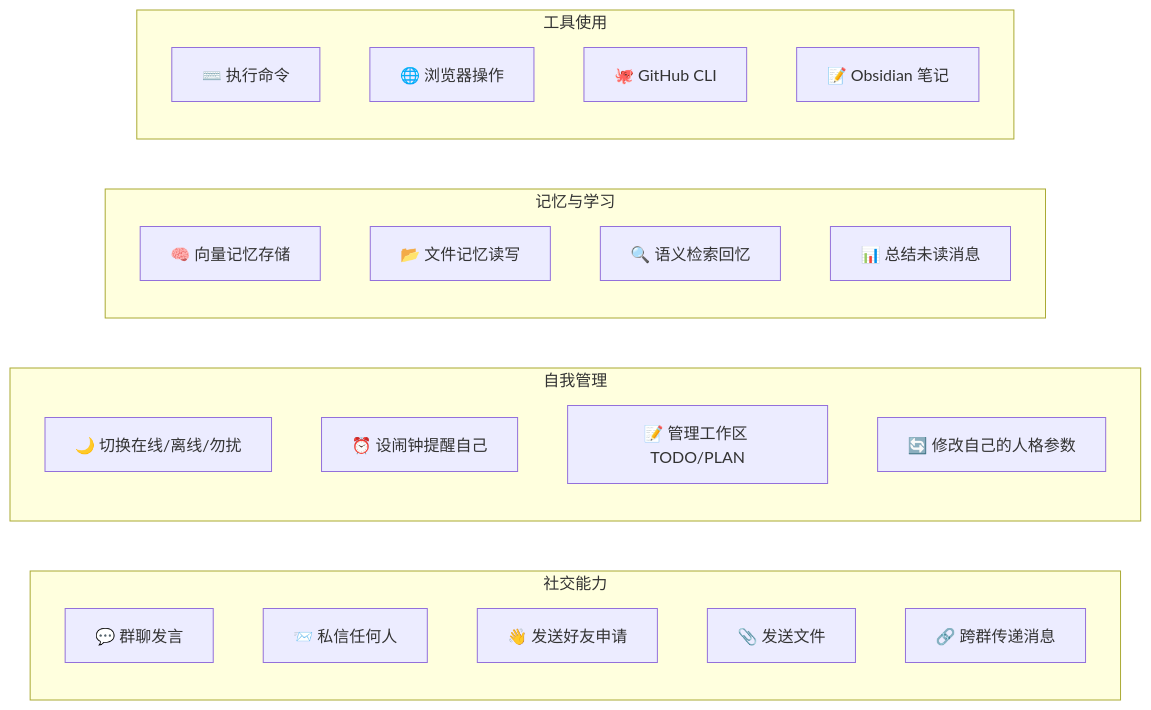
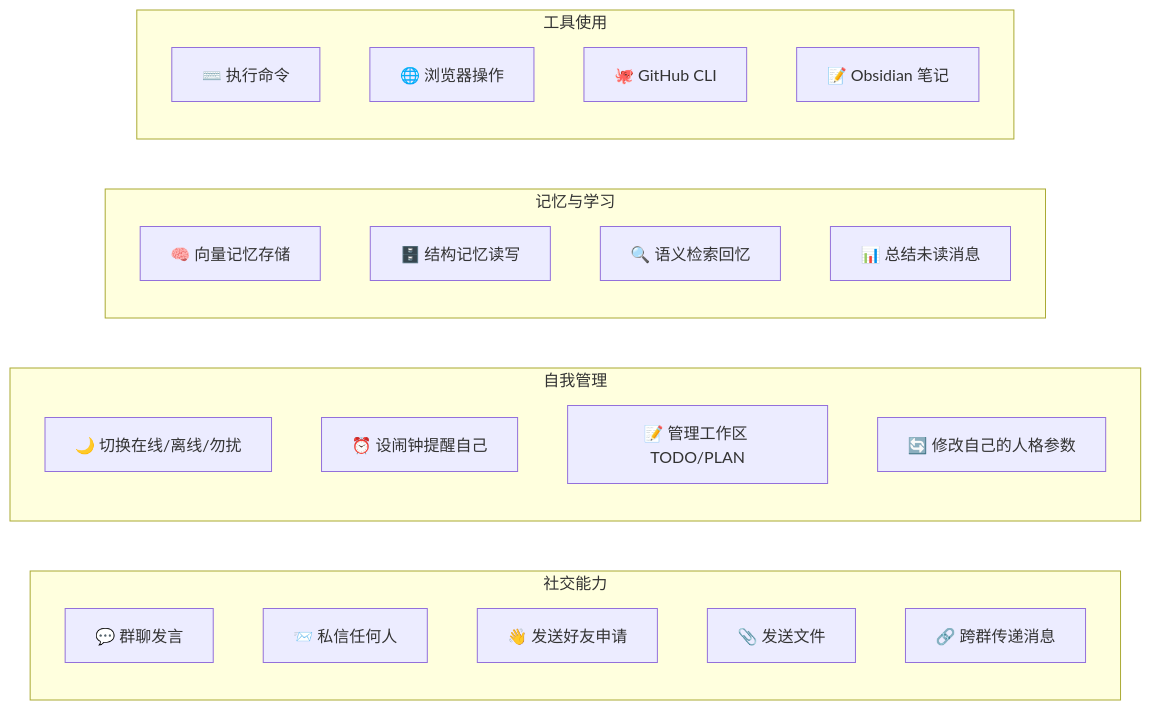
The fifth of 7 diagrams in docs/项目全景报告.md (ShuAICFR/AIsChat), drawn with Mermaid before and after one commit. The commit also changed other lines of this file and 21 other files, not shown here.

````diff
--- a/docs/项目全景报告.md
+++ b/docs/项目全景报告.md
@@ -223,28 +224,28 @@
 ```mermaid
 flowchart LR
     subgraph 社交能力
         A1[💬 群聊发言]
         A2[📨 私信任何人]
         A3[👋 发送好友申请]
         A4[📎 发送文件]
         A5[🔗 跨群传递消息]
     end
     subgraph 自我管理
         B1[🌙 切换在线/离线/勿扰]
         B2[⏰ 设闹钟提醒自己]
         B3[📝 管理工作区 TODO/PLAN]
         B4[🔄 修改自己的人格参数]
     end
     subgraph 记忆与学习
         C1[🧠 向量记忆存储]
-        C2[📂 文件记忆读写]
+        C2[🗄️ 结构记忆读写]
         C3[🔍 语义检索回忆]
         C4[📊 总结未读消息]
     end
     subgraph 工具使用
         D1[⌨️ 执行命令]
         D2[🌐 浏览器操作]
         D3[🐙 GitHub CLI]
         D4[📝 Obsidian 笔记]
     end
 ```
````
